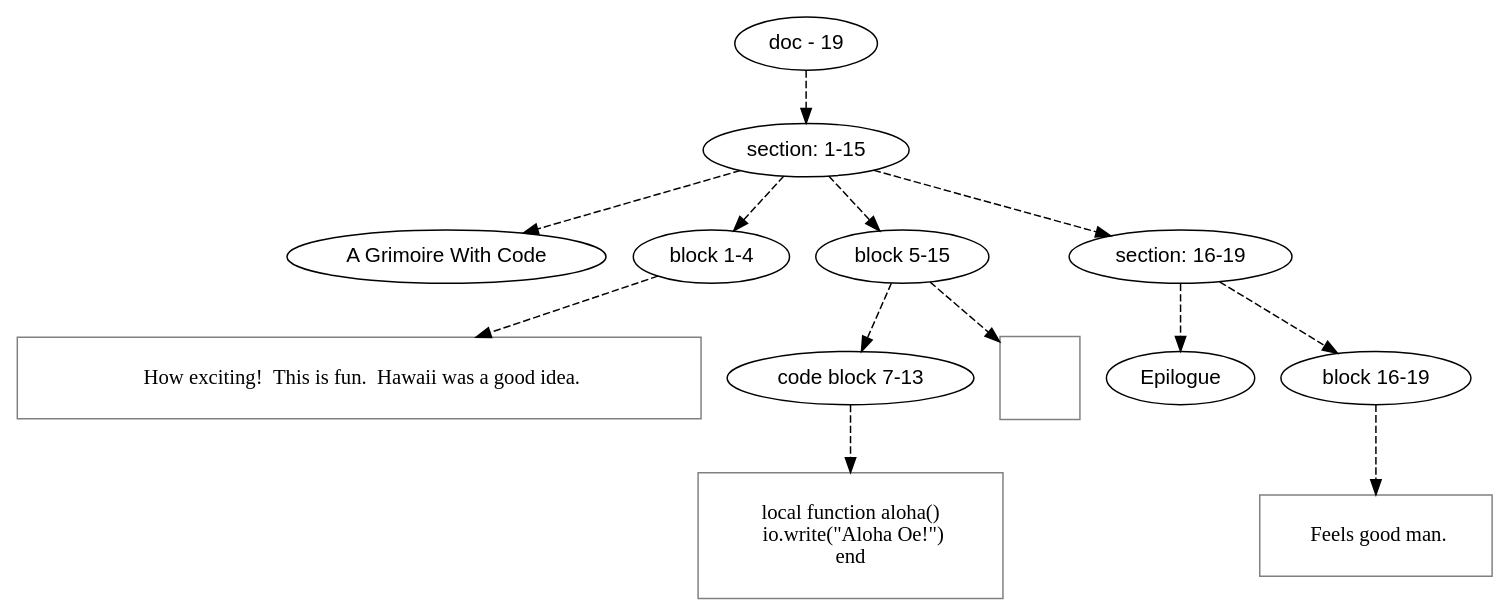
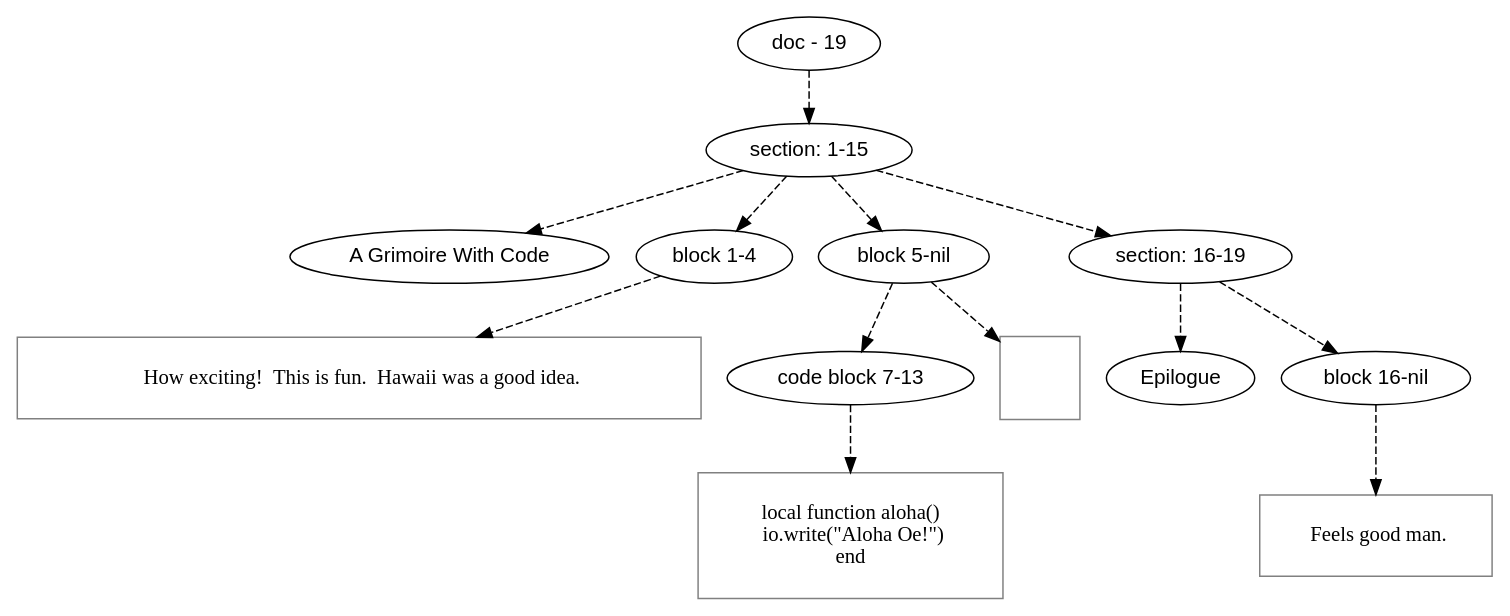
Before and after one commit to mnemnion/orb: the diagram in orb/dot/samples/codeblock.gm.dot, drawn with Graphviz. The commit also changed 40 other files, not shown here.

```diff
--- a/orb/dot/samples/codeblock.gm.dot
+++ b/orb/dot/samples/codeblock.gm.dot
@@ -1,55 +1,55 @@
 digraph hierarchy {
 
 node [fontname=Helvetica]
 edge [style=dashed]
 
 doc_0 [label="doc - 19"]
 
 doc_0 -> { section_1}
 {rank=same; section_1}
 
 section_1 [label="section: 1-15"]
 
 section_1 -> { header_2 block_3 block_4 section_5}
 {rank=same; header_2 block_3 block_4 section_5}
 
 header_2 [label="A Grimoire With Code"]
 block_3 [label="block 1-4"]
-block_4 [label="block 5-15"]
+block_4 [label="block 5-nil"]
 section_5 [label="section: 16-19"]
 
 
 block_3 -> leaf_6
 leaf_6  [color=Gray,shape=rectangle,fontname=Inconsolata,label="
   How exciting!  This is fun.  Hawaii was a good idea.
 
 "]block_4 -> { codeblock_7}
 {rank=same; codeblock_7}
 
 codeblock_7 [label="code block 7-13"]
 
 
 codeblock_7 -> leaf_8
 leaf_8  [color=Gray,shape=rectangle,fontname=Inconsolata,label="
 local function aloha()
   io.write(\"Aloha Oe!\")
 end
 
 "]
 block_4 -> leaf_9
 leaf_9  [color=Gray,shape=rectangle,fontname=Inconsolata,label="
 
 
 "]section_5 -> { header_10 block_11}
 {rank=same; header_10 block_11}
 
 header_10 [label="Epilogue"]
-block_11 [label="block 16-19"]
+block_11 [label="block 16-nil"]
 
 
 block_11 -> leaf_12
 leaf_12  [color=Gray,shape=rectangle,fontname=Inconsolata,label="
   Feels good man.
 
 "]
 }
```
